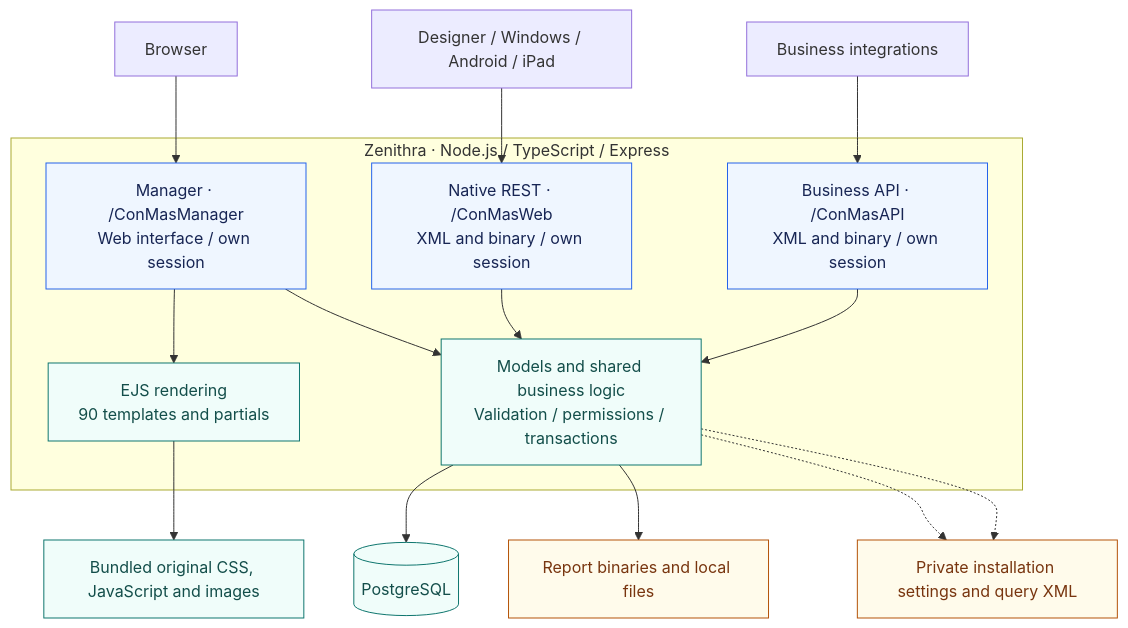
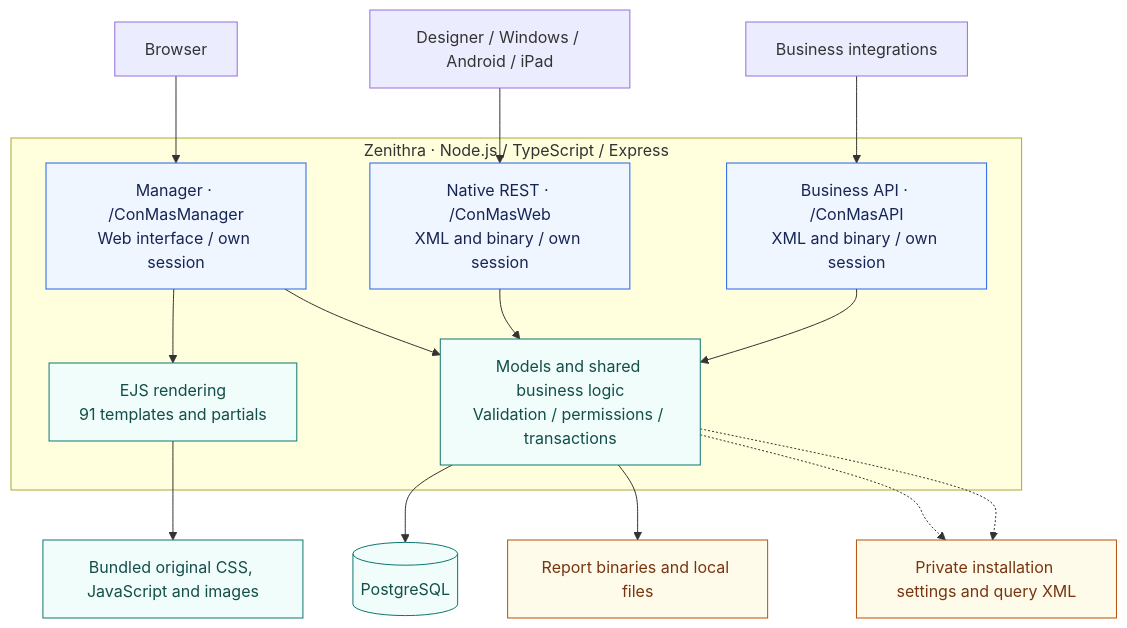
The diagram in README.md (ravhirizaldi/zenithra), drawn with Mermaid before and after one commit. The commit also changed other lines of this file and 24 other files, not shown here.

````diff
--- a/README.md
+++ b/README.md
@@ -40,32 +40,32 @@
 ```mermaid
 flowchart TB
     Browser["Browser"] --> Manager
     Devices["Designer / Windows / Android / iPad"] --> Native
     Integrations["Business integrations"] --> API
 
     subgraph Zenithra["Zenithra · Node.js / TypeScript / Express"]
         Manager["Manager · /ConMasManager<br/>Web interface / own session"]
         Native["Native REST · /ConMasWeb<br/>XML and binary / own session"]
         API["Business API · /ConMasAPI<br/>XML and binary / own session"]
-        Views["EJS rendering<br/>90 templates and partials"]
+        Views["EJS rendering<br/>91 templates and partials"]
         Business["Models and shared business logic<br/>Validation / permissions / transactions"]
         Manager --> Views
         Manager --> Business
         Native --> Business
         API --> Business
     end
 
     Business --> Database[("PostgreSQL")]
     Business --> Files["Report binaries and local files"]
     Views --> Assets["Bundled original CSS, JavaScript and images"]
     Business -.-> Originals["Private installation settings and query XML"]
     Business -.-> Originals
 
     classDef surface fill:#eff6ff,stroke:#2563eb,color:#172554
     classDef core fill:#f0fdfa,stroke:#0f766e,color:#134e4a
     classDef private fill:#fffbeb,stroke:#b45309,color:#78350f
     class Manager,Native,API surface
     class Views,Business,Database core
     class Files,Originals private
     class Assets core
 ```
````
